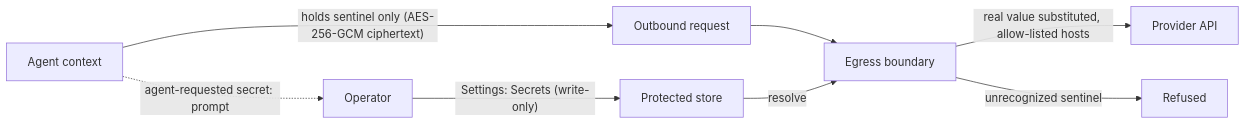
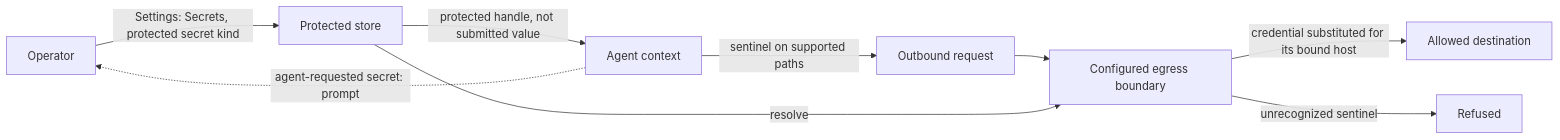
Before and after one commit to 123eyu/openclaw: the third of 3 diagrams in docs/start/why-openclaw.md, drawn with Mermaid. The commit also changed other lines of this file, not shown here.

````diff
--- a/docs/start/why-openclaw.md
+++ b/docs/start/why-openclaw.md
@@ -124,10 +126,11 @@
 ```mermaid actions={true} placement="top-right"
 flowchart LR
-  OPR["Operator"] -->|"Settings: Secrets (write-only)"| STORE["Protected store"]
+  OPR["Operator"] -->|"Settings: Secrets, protected secret kind"| STORE["Protected store"]
   AGT["Agent context"] -.->|"agent-requested secret: prompt"| OPR
-  AGT -->|"holds sentinel only (AES-256-GCM ciphertext)"| OUT["Outbound request"]
-  OUT --> EG["Egress boundary"]
+  STORE -->|"protected handle, not submitted value"| AGT
+  AGT -->|"sentinel on supported paths"| OUT["Outbound request"]
+  OUT --> EG["Configured egress boundary"]
   STORE -->|"resolve"| EG
-  EG -->|"real value substituted, allow-listed hosts"| API["Provider API"]
+  EG -->|"credential substituted for its bound host"| API["Allowed destination"]
   EG -->|"unrecognized sentinel"| REF["Refused"]
 ```
````
